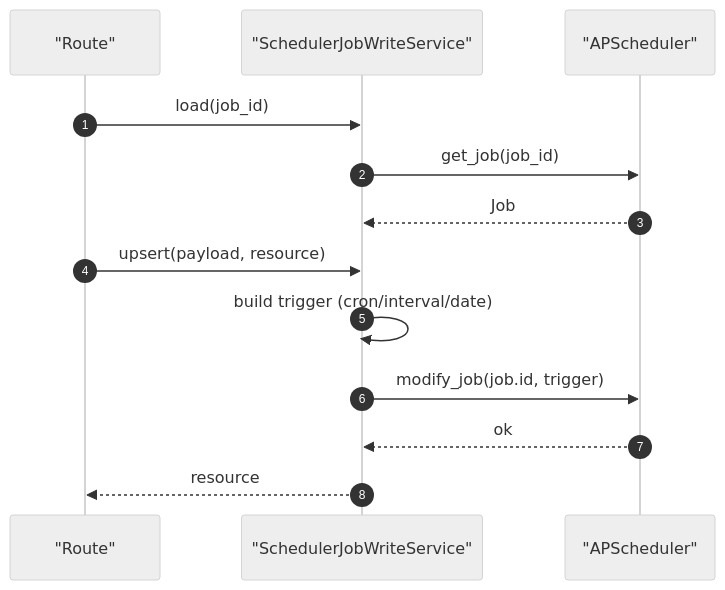
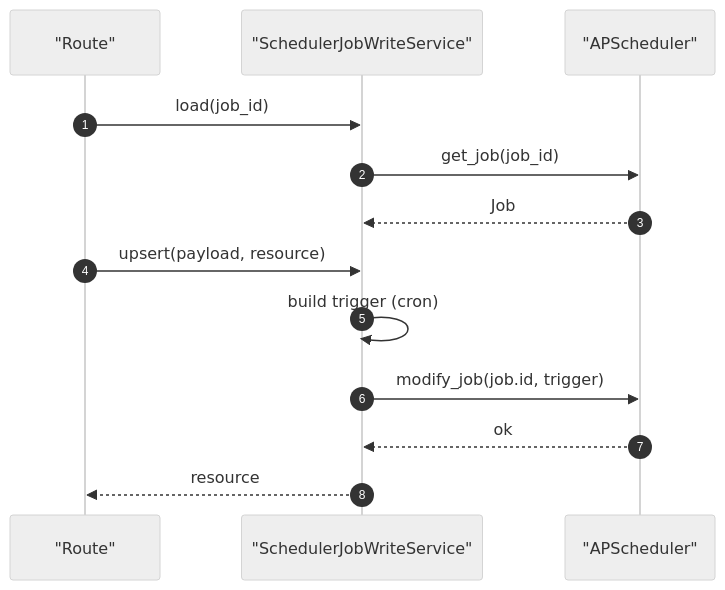
One commit to nyealovey/WhaleFall changed the second of 2 diagrams in docs/Obsidian/Server/scheduler-job-write-service.md. Above: the diagram before and after it, drawn with Mermaid (neutral theme). The commit also changed other lines of this file and 21 other files, not shown here.

````diff
--- a/docs/Obsidian/Server/scheduler-job-write-service.md
+++ b/docs/Obsidian/Server/scheduler-job-write-service.md
@@ -80,16 +80,16 @@
 ```mermaid
 sequenceDiagram
     autonumber
     participant Route as "Route"
     participant Svc as "SchedulerJobWriteService"
     participant Sch as "APScheduler"
 
     Route->>Svc: load(job_id)
     Svc->>Sch: get_job(job_id)
     Sch-->>Svc: Job
     Route->>Svc: upsert(payload, resource)
-    Svc->>Svc: build trigger (cron/interval/date)
+    Svc->>Svc: build trigger (cron)
     Svc->>Sch: modify_job(job.id, trigger)
     Sch-->>Svc: ok
     Svc-->>Route: resource
 ```
````
